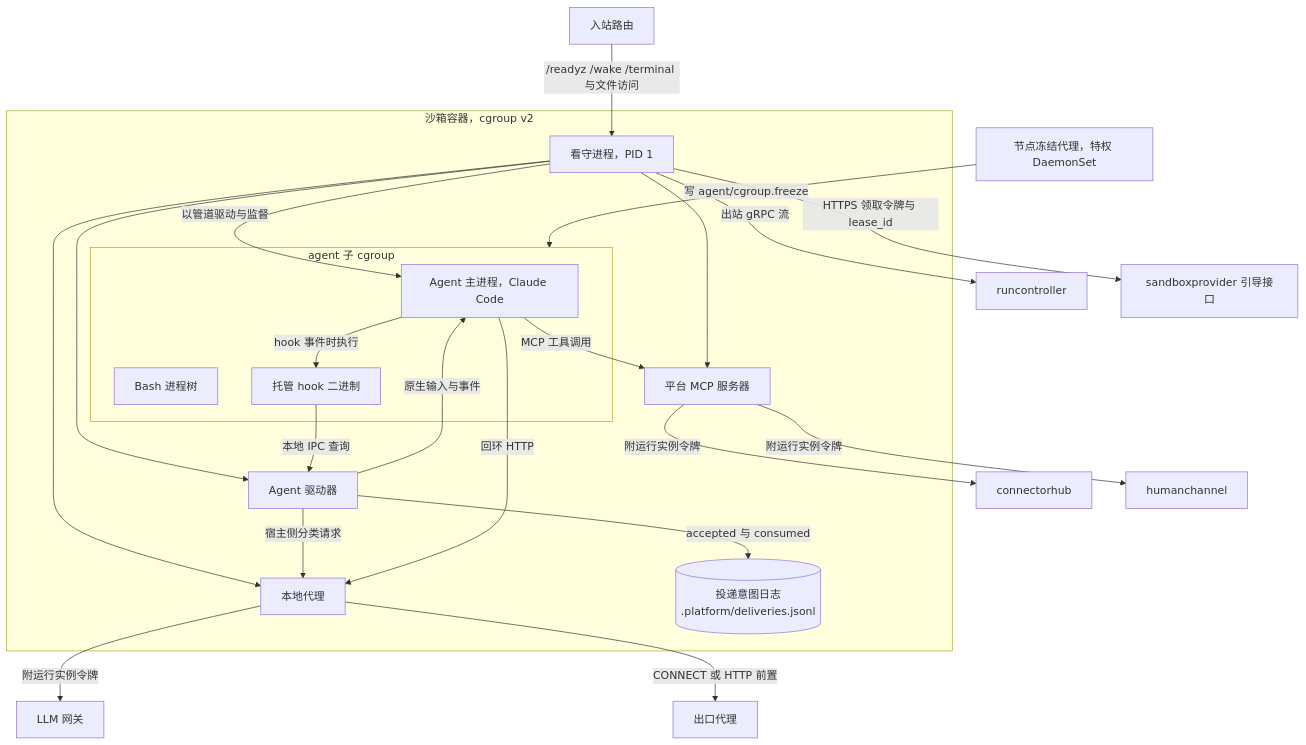
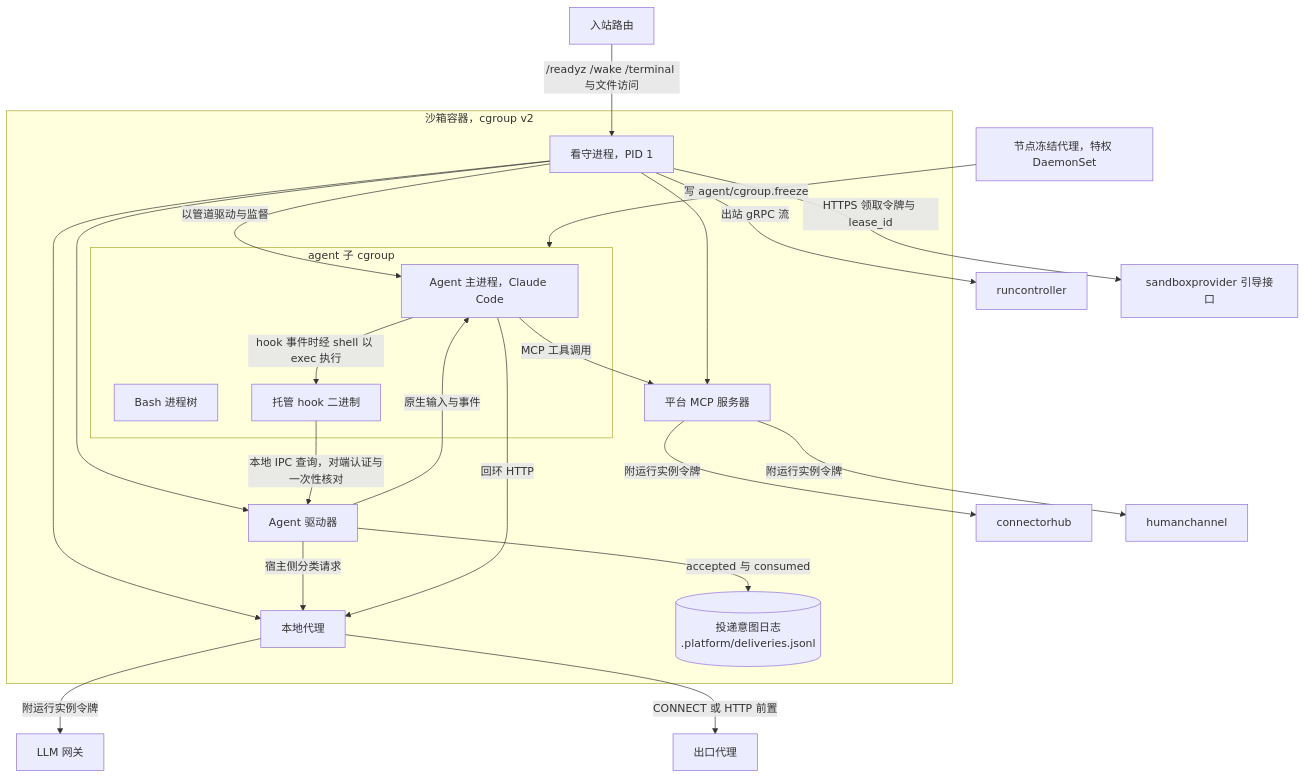
Before and after one commit to wangzw/castworks: the first of 3 diagrams in docs/design/modules/warden/design-warden.md, drawn with Mermaid. The commit also changed other lines of this file and 9 other files, not shown here.

````diff
--- a/docs/design/modules/warden/design-warden.md
+++ b/docs/design/modules/warden/design-warden.md
@@ -209,42 +210,42 @@
 ```mermaid
 flowchart TB
     subgraph sandbox["沙箱容器，cgroup v2"]
         warden["看守进程，PID 1"]
         proxy["本地代理"]
         mcp["平台 MCP 服务器"]
         driver["Agent 驱动器"]
         intent[("投递意图日志<br/>.platform/deliveries.jsonl")]
         subgraph agentcg["agent 子 cgroup"]
             agent["Agent 主进程，Claude Code"]
             bash["Bash 进程树"]
             hook["托管 hook 二进制"]
         end
         warden -->|"以管道驱动与监督"| agent
         warden --> proxy
         warden --> mcp
         warden --> driver
         driver -->|"原生输入与事件"| agent
         driver -->|"accepted 与 consumed"| intent
         driver -->|"宿主侧分类请求"| proxy
         agent -->|"回环 HTTP"| proxy
         agent -->|"MCP 工具调用"| mcp
-        agent -->|"hook 事件时执行"| hook
-        hook -->|"本地 IPC 查询"| driver
+        agent -->|"hook 事件时经 shell 以 exec 执行"| hook
+        hook -->|"本地 IPC 查询，对端认证与一次性核对"| driver
     end
     nfa["节点冻结代理，特权 DaemonSet"]
     router["入站路由"]
     rc["runcontroller"]
     gw["LLM 网关"]
     egress["出口代理"]
     hub["connectorhub"]
     hc["humanchannel"]
     boot["sandboxprovider 引导接口"]
     nfa -->|"写 agent/cgroup.freeze"| agentcg
     router -->|"/readyz /wake /terminal 与文件访问"| warden
     warden -->|"HTTPS 领取令牌与 lease_id"| boot
     warden -->|"出站 gRPC 流"| rc
     proxy -->|"附运行实例令牌"| gw
     proxy -->|"CONNECT 或 HTTP 前置"| egress
     mcp -->|"附运行实例令牌"| hub
     mcp -->|"附运行实例令牌"| hc
 ```
````
